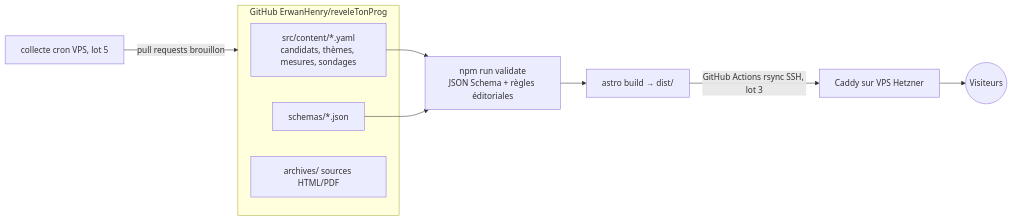
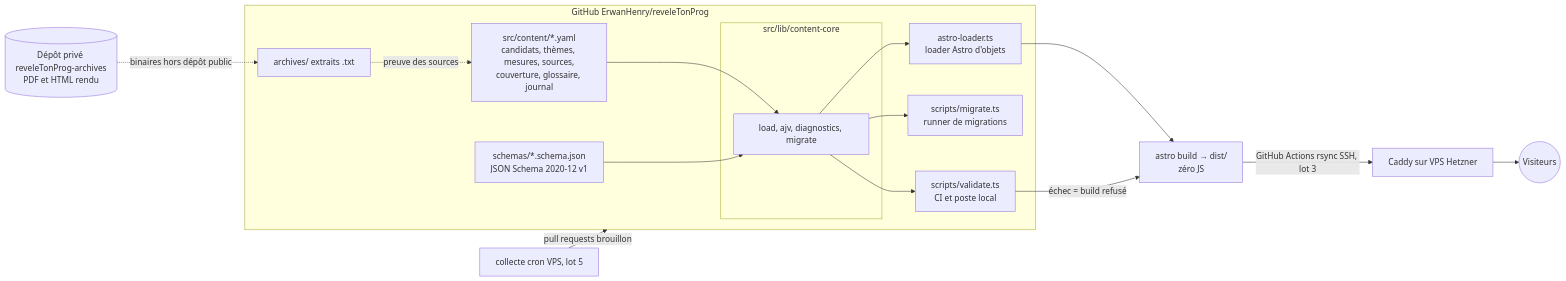
One commit to ErwanHenry/reveleTonProg changed the diagram in docs/ARCHITECTURE.md. Above: the diagram before and after it, drawn with Mermaid. The commit also changed other lines of this file and 7 other files, not shown here.

````diff
--- a/docs/ARCHITECTURE.md
+++ b/docs/ARCHITECTURE.md
@@ -5,14 +5,27 @@
 ```mermaid
 flowchart LR
   subgraph Repo[GitHub ErwanHenry/reveleTonProg]
-    C[src/content/*.yaml<br/>candidats, thèmes, mesures, sondages]
-    S[schemas/*.json]
-    A[archives/ sources HTML/PDF]
+    C[src/content/*.yaml<br/>candidats, thèmes, mesures, sources,<br/>couverture, glossaire, journal]
+    S[schemas/*.schema.json<br/>JSON Schema 2020-12 v1]
+    A[archives/ extraits .txt]
+    subgraph Core[src/lib/content-core]
+      CC[load, ajv, diagnostics, migrate]
+    end
+    V[scripts/validate.ts<br/>CI et poste local]
+    M[scripts/migrate.ts<br/>runner de migrations]
+    L[astro-loader.ts<br/>loader Astro d'objets]
   end
-  C --> V[npm run validate<br/>JSON Schema + règles éditoriales]
-  S --> V
-  V --> B[astro build → dist/]
+  PR[(Dépôt privé reveleTonProg-archives<br/>PDF et HTML rendu)]
+  C --> CC
+  S --> CC
+  CC --> V
+  CC --> M
+  CC --> L
+  A -. preuve des sources .-> C
+  PR -. binaires hors dépôt public .-> A
+  L --> B[astro build → dist/<br/>zéro JS]
+  V -->|échec = build refusé| B
   B -->|GitHub Actions rsync SSH, lot 3| VPS[Caddy sur VPS Hetzner]
   Cron[collecte cron VPS, lot 5] -->|pull requests brouillon| Repo
   VPS --> U((Visiteurs))
 ```
````
